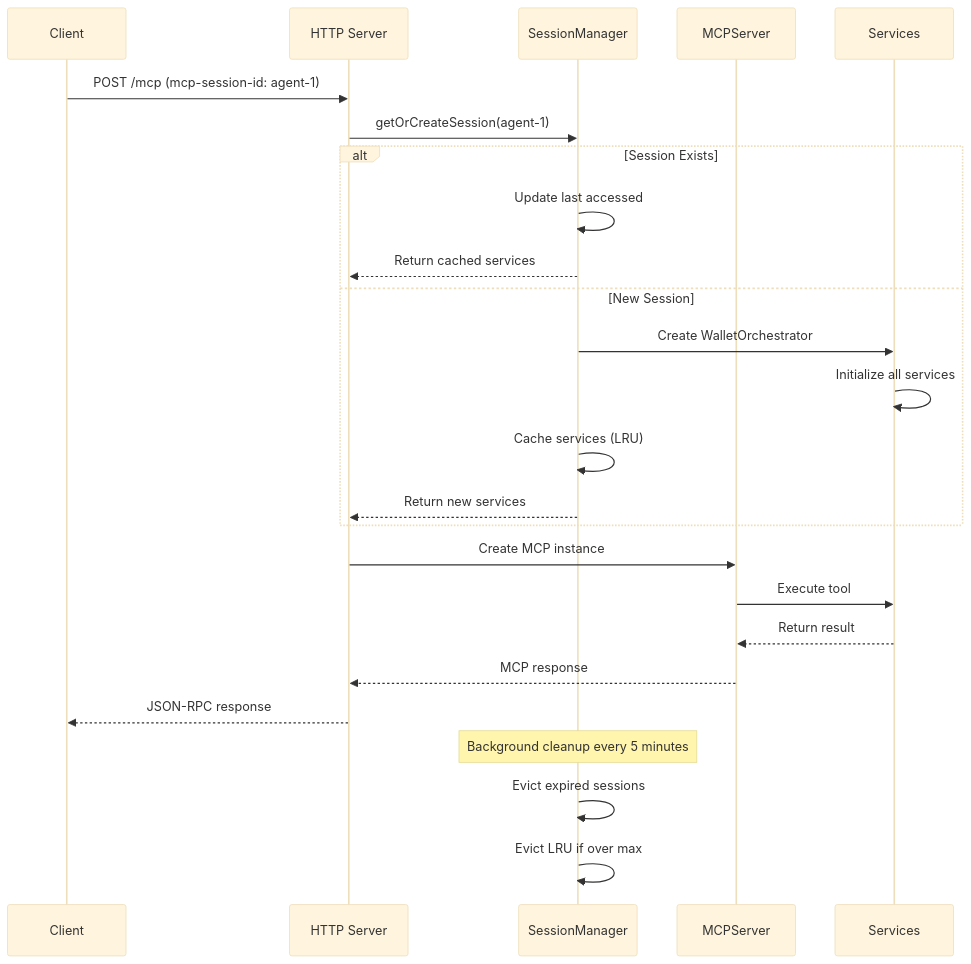
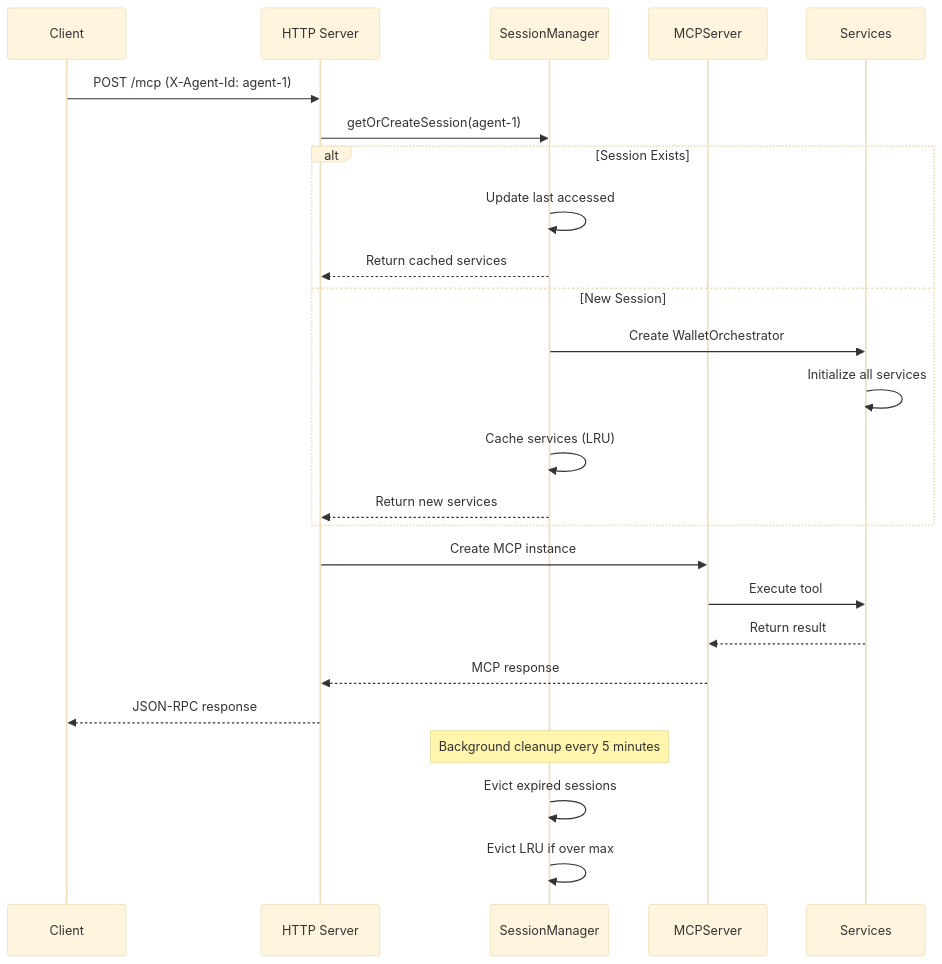
One commit to DEGAorg/midnight-mcp changed the second of 6 diagrams in docs/ARCHITECTURE.md. Above: the diagram before and after it, drawn with Mermaid (base theme). The commit also changed other lines of this file and 9 other files, not shown here.

Commit message:
Update README.md and ARCHITECTURE.md to reflect changes in session management. Replace `mcp-session-id` header with `X-Agent-Id` for agent identification, and enhance documentation on session lifecycle and benefits. Remove outdated weekly summary and related images as part of codebase cleanup.

````diff
--- a/docs/ARCHITECTURE.md
+++ b/docs/ARCHITECTURE.md
@@ -183,31 +183,31 @@
 ```mermaid
 sequenceDiagram
     participant Client
     participant HTTP Server
     participant SessionManager
     participant MCPServer
     participant Services
 
-    Client->>HTTP Server: POST /mcp (mcp-session-id: agent-1)
+    Client->>HTTP Server: POST /mcp (X-Agent-Id: agent-1)
     HTTP Server->>SessionManager: getOrCreateSession(agent-1)
 
     alt Session Exists
         SessionManager->>SessionManager: Update last accessed
         SessionManager-->>HTTP Server: Return cached services
     else New Session
         SessionManager->>Services: Create WalletOrchestrator
         Services->>Services: Initialize all services
         SessionManager->>SessionManager: Cache services (LRU)
         SessionManager-->>HTTP Server: Return new services
     end
 
     HTTP Server->>MCPServer: Create MCP instance
     MCPServer->>Services: Execute tool
     Services-->>MCPServer: Return result
     MCPServer-->>HTTP Server: MCP response
     HTTP Server-->>Client: JSON-RPC response
 
     Note over SessionManager: Background cleanup every 5 minutes
     SessionManager->>SessionManager: Evict expired sessions
     SessionManager->>SessionManager: Evict LRU if over max
 ```
````
